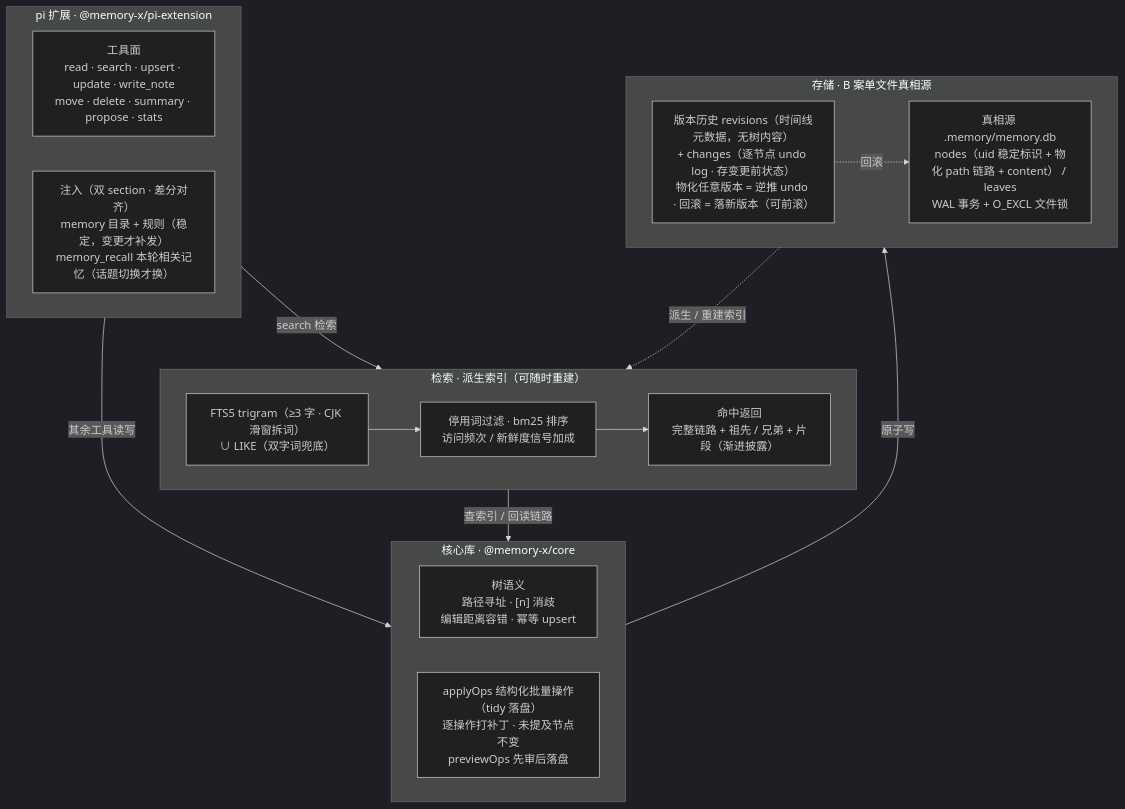
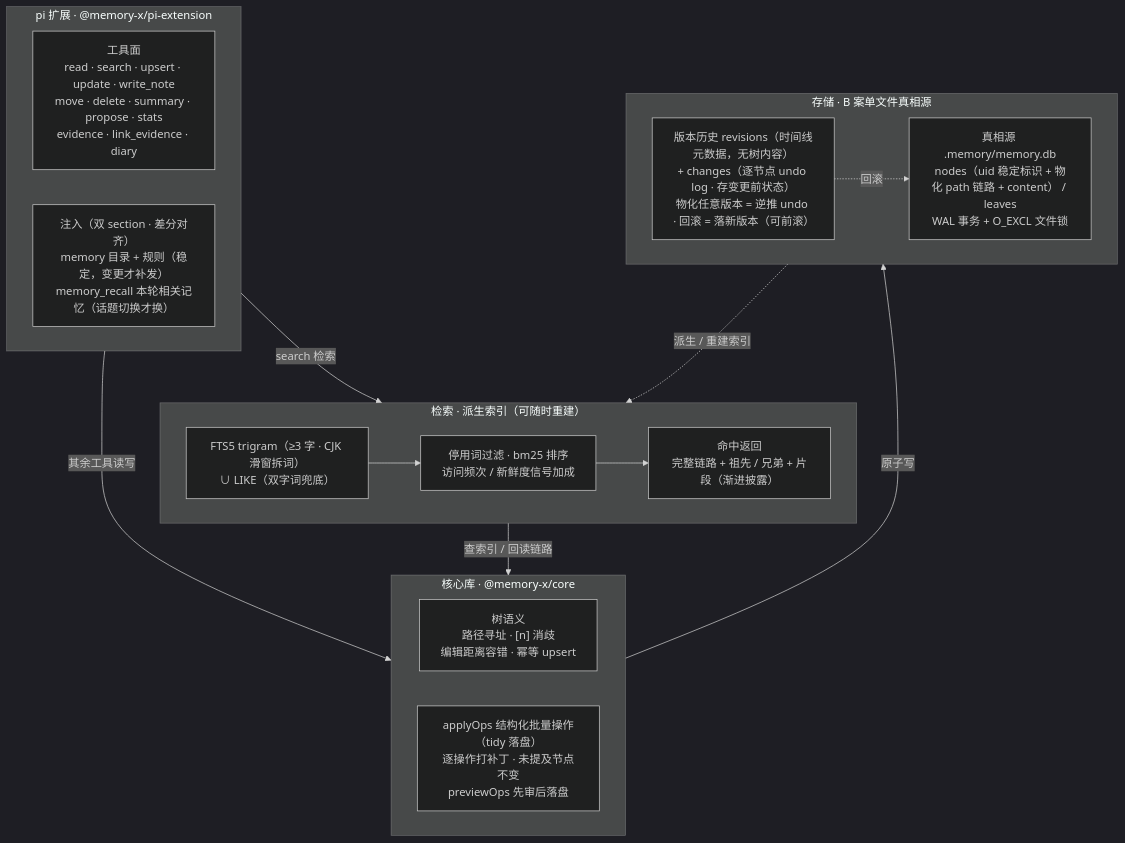
The diagram in README.md (allmonday/memory-x), drawn with Mermaid (dark theme) before and after one commit. The commit also changed other lines of this file, not shown here.

First line of the commit message:
docs(readme): 同步本周演进——证据采集/日记/日期戳/评测水位/路线图

````diff
--- a/README.md
+++ b/README.md
@@ -11,33 +11,33 @@
 ```mermaid
 flowchart TB
     subgraph EXT["pi 扩展 · @memory-x/pi-extension"]
         direction LR
-        TOOLS["工具面<br/>read · search · upsert · update · write_note<br/>move · delete · summary · propose · stats"]
+        TOOLS["工具面<br/>read · search · upsert · update · write_note<br/>move · delete · summary · propose · stats<br/>evidence · link_evidence · diary"]
         INJ["注入（双 section · 差分对齐）<br/>memory 目录 + 规则（稳定，变更才补发）<br/>memory_recall 本轮相关记忆（话题切换才换）"]
     end
 
     subgraph RET["检索 · 派生索引（可随时重建）"]
         direction LR
         FTS["FTS5 trigram（≥3 字 · CJK 滑窗拆词）<br/>∪ LIKE（双字词兜底）"] --> RANK["停用词过滤 · bm25 排序<br/>访问频次 / 新鲜度信号加成"]
         RANK --> HIT["命中返回<br/>完整链路 + 祖先 / 兄弟 + 片段（渐进披露）"]
     end
 
     subgraph CORE["核心库 · @memory-x/core"]
         direction LR
         TREE["树语义<br/>路径寻址 · [n] 消歧<br/>编辑距离容错 · 幂等 upsert"]
         RESTRUCT["applyOps 结构化批量操作（tidy 落盘）<br/>逐操作打补丁 · 未提及节点不变<br/>previewOps 先审后落盘"]
     end
 
     subgraph STORE["存储 · B 案单文件真相源"]
         direction LR
         DB["真相源 .memory/memory.db<br/>nodes（uid 稳定标识 + 物化 path 链路 + content） / leaves<br/>WAL 事务 + O_EXCL 文件锁"]
         REV["版本历史 revisions（时间线元数据，无树内容）<br/>+ changes（逐节点 undo log · 存变更前状态）<br/>物化任意版本 = 逆推 undo · 回滚 = 落新版本（可前滚）"]
     end
 
     EXT -->|"search 检索"| RET
     EXT -->|"其余工具读写"| CORE
     RET -->|"查索引 / 回读链路"| CORE
     CORE -->|"原子写"| STORE
     REV -. "回滚" .-> DB
     STORE -. "派生 / 重建索引" .-> RET
 ```
````
